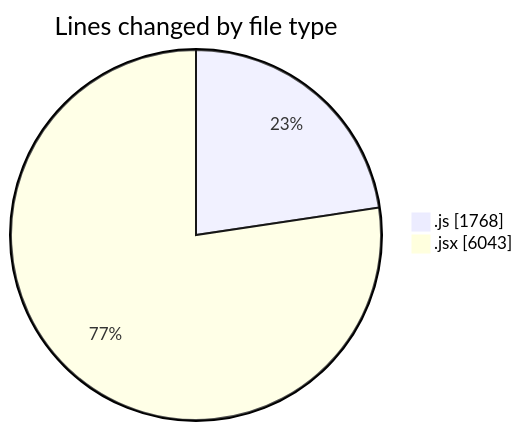
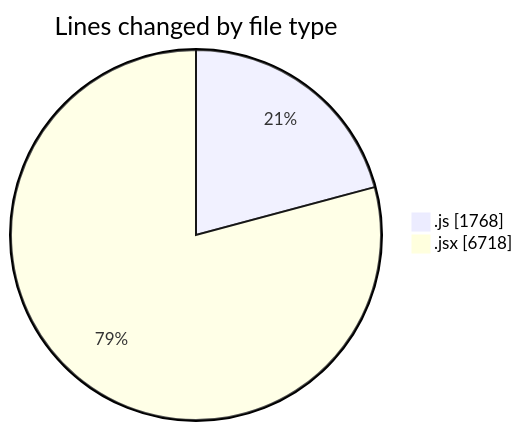
The first of 2 diagrams in 2025-08-05/nxtqube_webapp/README.md (nxtqubesakshisongat/code-tracking), drawn with Mermaid before and after one commit. The commit also changed other lines of this file and 1 other file, not shown here.

````diff
--- a/2025-08-05/nxtqube_webapp/README.md
+++ b/2025-08-05/nxtqube_webapp/README.md
@@ -38,6 +39,6 @@
 ```mermaid
 pie showData
 title Lines changed by file type
 ".js" : 1768
-".jsx" : 6043
+".jsx" : 6718
 ```
````
